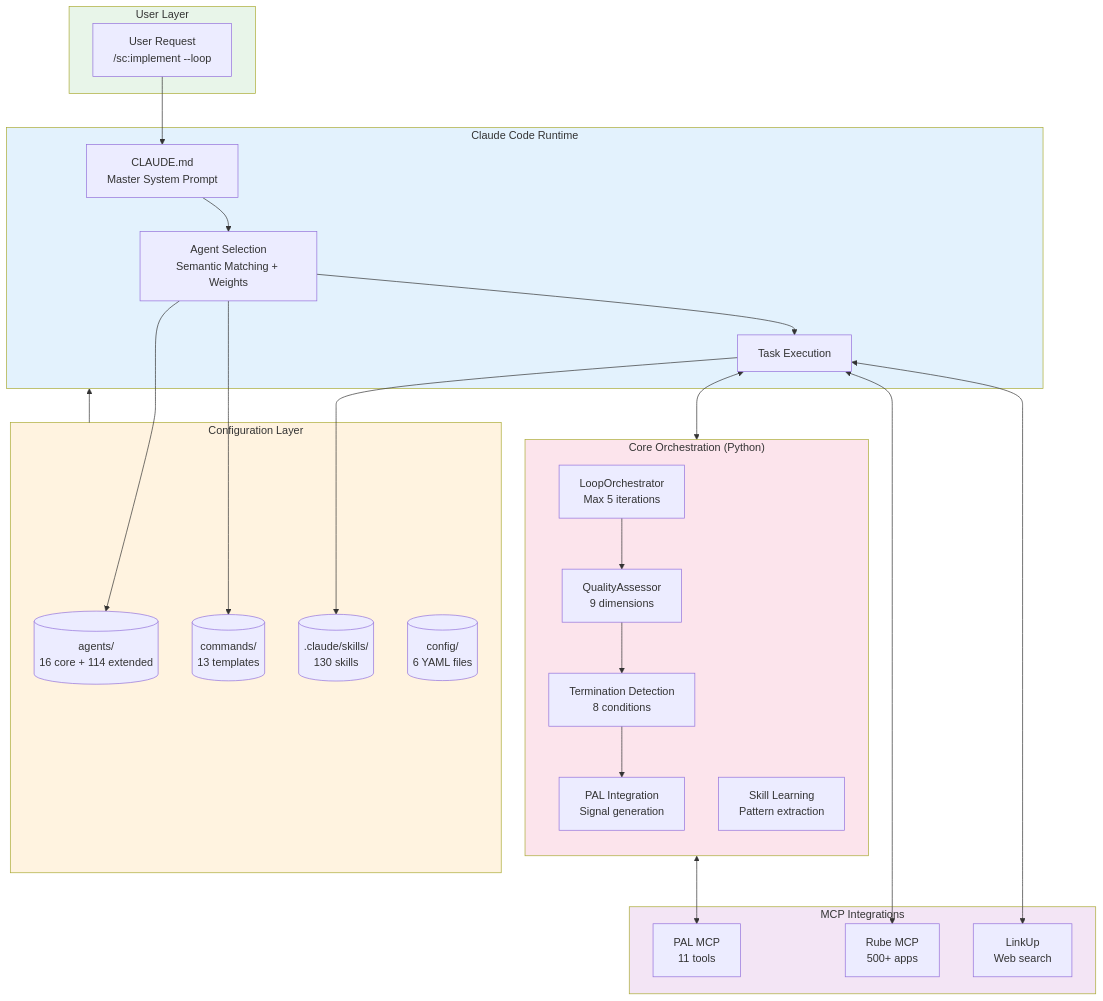
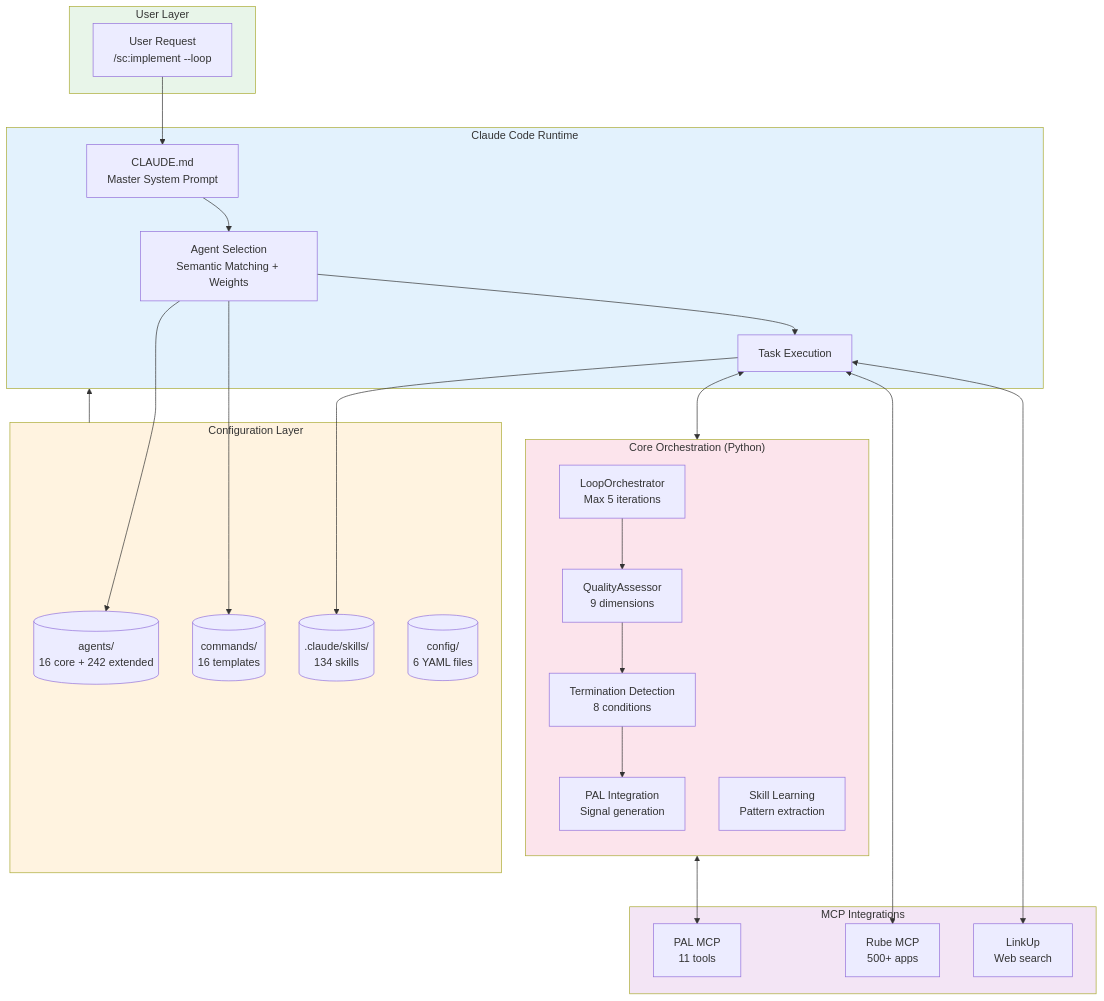
Before and after one commit to Tony363/SuperClaude: the first of 9 diagrams in README.md, drawn with Mermaid. The commit also changed other lines of this file, not shown here.

````diff
--- a/README.md
+++ b/README.md
@@ -122,55 +126,55 @@
 ```mermaid
 flowchart TB
     subgraph User["User Layer"]
         REQ["User Request<br/>/sc:implement --loop"]
     end
 
     subgraph Runtime["Claude Code Runtime"]
         CLAUDE["CLAUDE.md<br/>Master System Prompt"]
         SELECT["Agent Selection<br/>Semantic Matching + Weights"]
         EXEC["Task Execution"]
     end
 
     subgraph Config["Configuration Layer"]
-        AGENTS[("agents/<br/>16 core + 114 extended")]
-        COMMANDS[("commands/<br/>13 templates")]
-        SKILLS[(".claude/skills/<br/>130 skills")]
+        AGENTS[("agents/<br/>16 core + 242 extended")]
+        COMMANDS[("commands/<br/>16 templates")]
+        SKILLS[(".claude/skills/<br/>134 skills")]
         YAML[("config/<br/>6 YAML files")]
     end
 
     subgraph Core["Core Orchestration (Python)"]
         direction TB
         LOOP["LoopOrchestrator<br/>Max 5 iterations"]
         QUALITY["QualityAssessor<br/>9 dimensions"]
         TERM["Termination Detection<br/>8 conditions"]
         PALINT["PAL Integration<br/>Signal generation"]
         LEARN["Skill Learning<br/>Pattern extraction"]
     end
 
     subgraph MCP["MCP Integrations"]
         PAL["PAL MCP<br/>11 tools"]
         RUBE["Rube MCP<br/>500+ apps"]
         LINKUP["LinkUp<br/>Web search"]
     end
 
     REQ --> CLAUDE
     CLAUDE --> SELECT
     SELECT --> AGENTS
     SELECT --> COMMANDS
     SELECT --> EXEC
     EXEC --> SKILLS
     EXEC <--> Core
     LOOP --> QUALITY
     QUALITY --> TERM
     TERM --> PALINT
     PALINT <--> PAL
     EXEC <--> RUBE
     EXEC <--> LINKUP
     Config --> Runtime
 
     style User fill:#e8f5e9
     style Runtime fill:#e3f2fd
     style Config fill:#fff3e0
     style Core fill:#fce4ec
     style MCP fill:#f3e5f5
 ```
````
